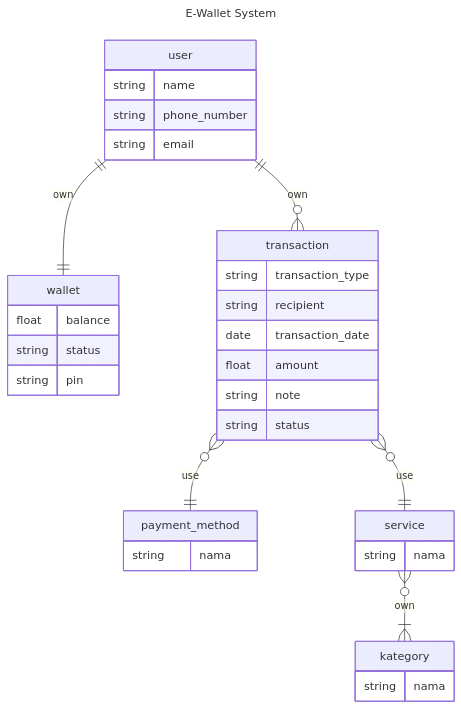
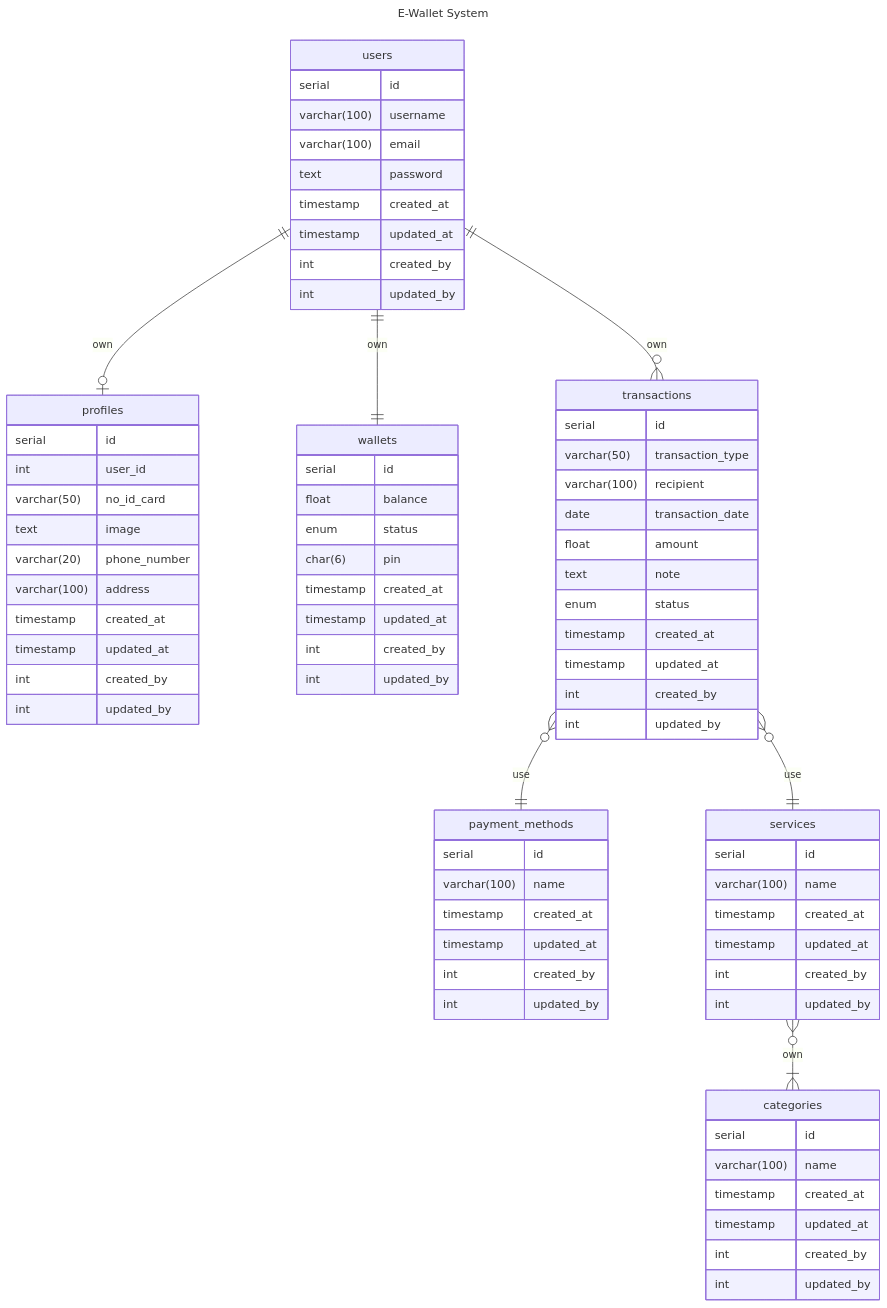
Before and after one commit to ItsnaMaulanaHasan/koda-b4-db2: the diagram in README.md, drawn with Mermaid.

Commit message:
feat: adjust atribut in few of table and normalization table

````diff
--- a/README.md
+++ b/README.md
@@ -5,43 +5,87 @@
     title: E-Wallet System
 ---
 erDiagram
-    user{
-        string name
-        string phone_number
-        string email
+    users{
+        serial id
+        varchar(100) username
+        varchar(100) email
+        text password
+        timestamp created_at
+        timestamp updated_at
+        int created_by
+        int updated_by
     }
 
-    wallet{
-        float balance
-        string status
-        string pin
+    profiles{
+        serial id
+        int user_id
+        varchar(50) no_id_card
+        text image
+        varchar(20) phone_number
+        varchar(100) address
+        timestamp created_at
+        timestamp updated_at
+        int created_by
+        int updated_by
     }
 
-    transaction{
-        string transaction_type
-        string recipient
+    wallets{
+        serial id
+        float balance
+        enum status
+        char(6) pin
+        timestamp created_at
+        timestamp updated_at
+        int created_by
+        int updated_by
+    }
+
+    transactions{
+        serial id
+        varchar(50) transaction_type
+        varchar(100) recipient
         date transaction_date
         float amount
-        string note
-        string status
+        text note
+        enum status
+        timestamp created_at
+        timestamp updated_at
+        int created_by
+        int updated_by
     }
 
-    payment_method{
-        string nama
+    payment_methods{
+        serial id
+        varchar(100) name
+        timestamp created_at
+        timestamp updated_at
+        int created_by
+        int updated_by
     }
 
-    service{
-        string nama
+    services{
+        serial id
+        varchar(100) name
+        timestamp created_at
+        timestamp updated_at
+        int created_by
+        int updated_by
     }
 
-    kategory{
-        string nama
+    categories{
+        serial id
+        varchar(100) name
+        timestamp created_at
+        timestamp updated_at
+        int created_by
+        int updated_by
     }
 
-    user ||--o{ transaction : own
-    user ||--|| wallet : own
-    transaction }o--|| payment_method: use
-    transaction }o--|| service: use
-    service }o--|{ kategory : own
+    users ||--o| profiles : own
+    users ||--o{ transactions : own
+    users ||--|| wallets : own
+    transactions }o--|| payment_methods : use
+    transactions }o--|| services: use
+    services }o--|{ categories : own
 
 ```
````
